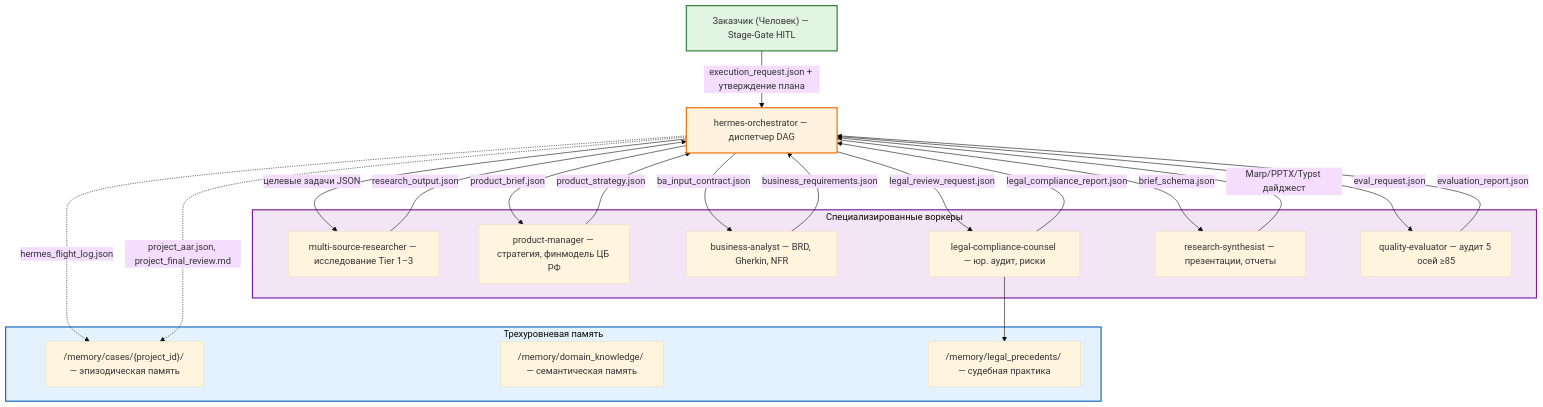
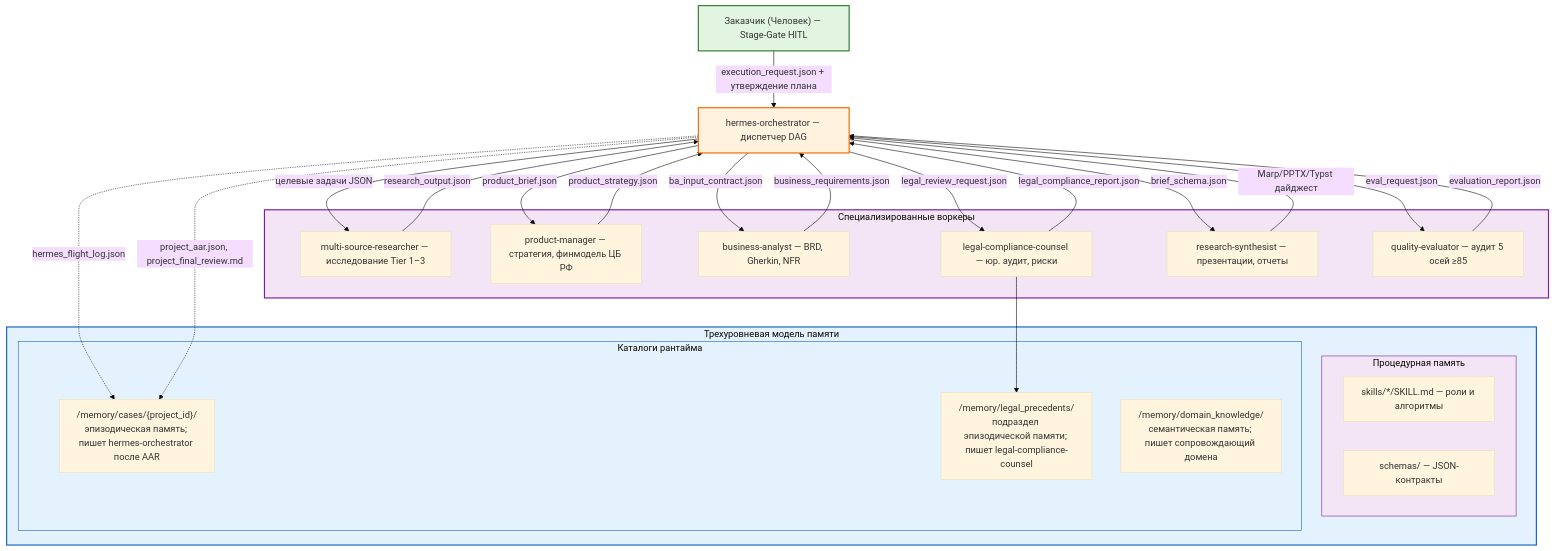
Before and after one commit to DenisZakharov2/hermes-protocol-team: the diagram in docs/diagrams/architecture.mmd, drawn with Mermaid (base theme). The commit also changed 7 other files, not shown here.

```diff
--- a/docs/diagrams/architecture.mmd
+++ b/docs/diagrams/architecture.mmd
@@ -1,45 +1,53 @@
 %% Архитектура Hermes Protocol
 
 flowchart TD
     Z["Заказчик (Человек) — Stage-Gate HITL"]
     O[hermes-orchestrator — диспетчер DAG]
 
-    subgraph Memory["Трехуровневая память"]
-        PM["/memory/cases/{project_id}/ — эпизодическая память"]
-        SM["/memory/domain_knowledge/ — семантическая память"]
-        LM["/memory/legal_precedents/ — судебная практика"]
+    subgraph Memory["Трехуровневая модель памяти"]
+        subgraph Procedural["Процедурная память"]
+            PM["skills/*/SKILL.md — роли и алгоритмы"]
+            SC["schemas/ — JSON-контракты"]
+        end
+        subgraph Runtime["Каталоги рантайма"]
+            EM["/memory/cases/{project_id}/<br/>эпизодическая память; пишет hermes-orchestrator после AAR"]
+            LM["/memory/legal_precedents/<br/>подраздел эпизодической памяти; пишет legal-compliance-counsel"]
+            SM["/memory/domain_knowledge/<br/>семантическая память; пишет сопровождающий домена"]
+        end
     end
 
     subgraph Workers["Специализированные воркеры"]
         R[multi-source-researcher — исследование Tier 1–3]
         PMg[product-manager — стратегия, финмодель ЦБ РФ]
         BA[business-analyst — BRD, Gherkin, NFR]
         LC[legal-compliance-counsel — юр. аудит, риски]
         SY[research-synthesist — презентации, отчеты]
         QE[quality-evaluator — аудит 5 осей ≥85]
     end
 
     Z -->|execution_request.json + утверждение плана| O
     O -->|целевые задачи JSON| R
     O -->|product_brief.json| PMg
     O -->|ba_input_contract.json| BA
     O -->|legal_review_request.json| LC
     O -->|brief_schema.json| SY
     O -->|eval_request.json| QE
 
     R -->|research_output.json| O
     PMg -->|product_strategy.json| O
     BA -->|business_requirements.json| O
     LC -->|legal_compliance_report.json| O
     SY -->|Marp/PPTX/Typst дайджест| O
     QE -->|evaluation_report.json| O
 
-    O -.->|hermes_flight_log.json| PM
-    O -.->|project_aar.json, project_final_review.md| PM
+    O -.->|hermes_flight_log.json| EM
+    O -.->|project_aar.json, project_final_review.md| EM
 
     LC --> LM
 
     style Z fill:#e1f5e1,stroke:#2e7d32,stroke-width:2px
     style O fill:#fff3e0,stroke:#ef6c00,stroke-width:2px
     style Memory fill:#e3f2fd,stroke:#1565c0,stroke-width:2px
+    style Procedural fill:#f3e5f5,stroke:#7b1fa2
+    style Runtime fill:#e3f2fd,stroke:#1565c0
     style Workers fill:#f3e5f5,stroke:#7b1fa2,stroke-width:2px
```
